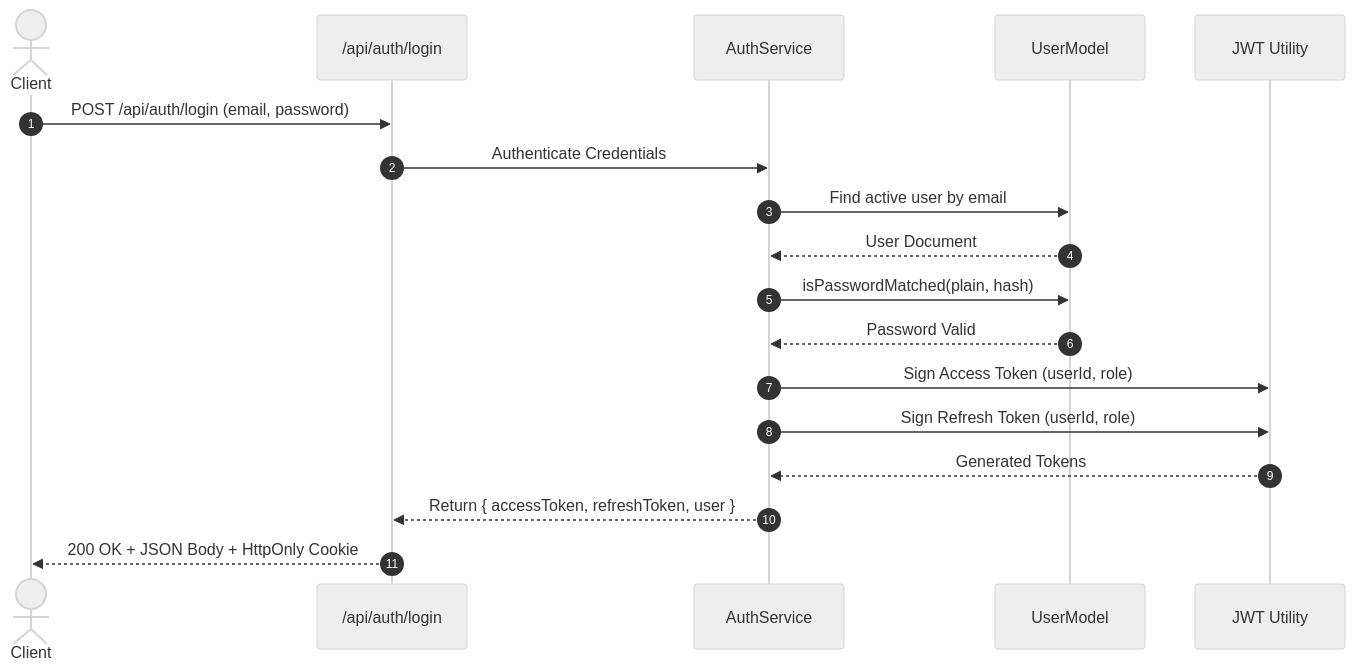
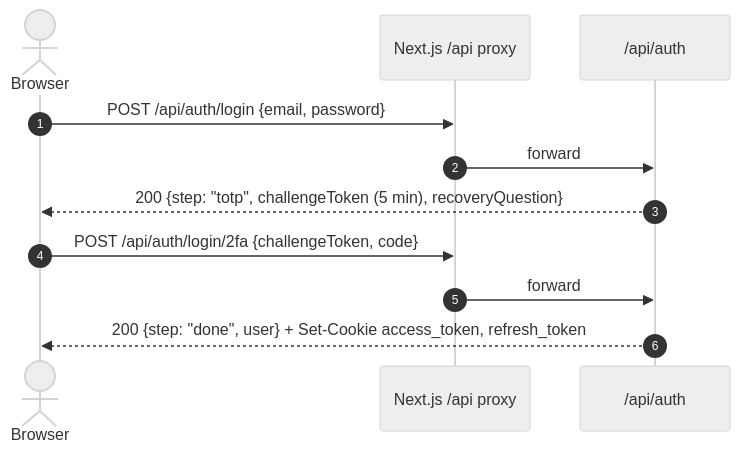
Before and after one commit to emonhassan83/portfolio: the diagram in docs/AUTHENTICATION.md, drawn with Mermaid (neutral theme). The commit also changed other lines of this file and 122 other files, not shown here.

````diff
--- a/docs/AUTHENTICATION.md
+++ b/docs/AUTHENTICATION.md
@@ -27,21 +24,13 @@
 ```mermaid
 sequenceDiagram
     autonumber
-    actor Client
-    participant API as /api/auth/login
-    participant Service as AuthService
-    participant Model as UserModel
-    participant JWT as JWT Utility
-
-    Client->>API: POST /api/auth/login (email, password)
-    API->>Service: Authenticate Credentials
-    Service->>Model: Find active user by email
-    Model-->>Service: User Document
-    Service->>Model: isPasswordMatched(plain, hash)
-    Model-->>Service: Password Valid
-    Service->>JWT: Sign Access Token (userId, role)
-    Service->>JWT: Sign Refresh Token (userId, role)
-    JWT-->>Service: Generated Tokens
-    Service-->>API: Return { accessToken, refreshToken, user }
-    API-->>Client: 200 OK + JSON Body + HttpOnly Cookie
+    actor Browser
+    participant Next as Next.js /api proxy
+    participant API as /api/auth
+    Browser->>Next: POST /api/auth/login {email, password}
+    Next->>API: forward
+    API-->>Browser: 200 {step: "totp", challengeToken (5 min), recoveryQuestion}
+    Browser->>Next: POST /api/auth/login/2fa {challengeToken, code}
+    Next->>API: forward
+    API-->>Browser: 200 {step: "done", user} + Set-Cookie access_token, refresh_token
 ```
````
